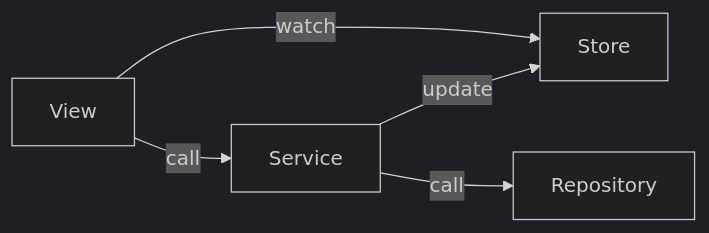
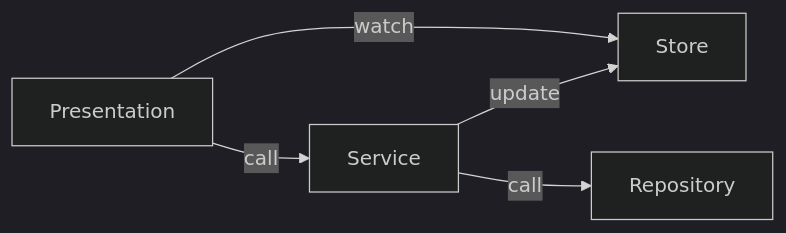
One commit to yorifuji/buzz_recipe_viewer changed the diagram in README.md. Above: the diagram before and after it, drawn with Mermaid (dark theme). The commit also changed other lines of this file, not shown here.

````diff
--- a/README.md
+++ b/README.md
@@ -26,7 +26,7 @@
 ```mermaid
 graph LR;
-    View-->|watch|Store
-    View-->|call|Service
+    Presentation-->|watch|Store
+    Presentation-->|call|Service
     Service-->|call|Repository
     Service-->|update|Store
 ```
````
